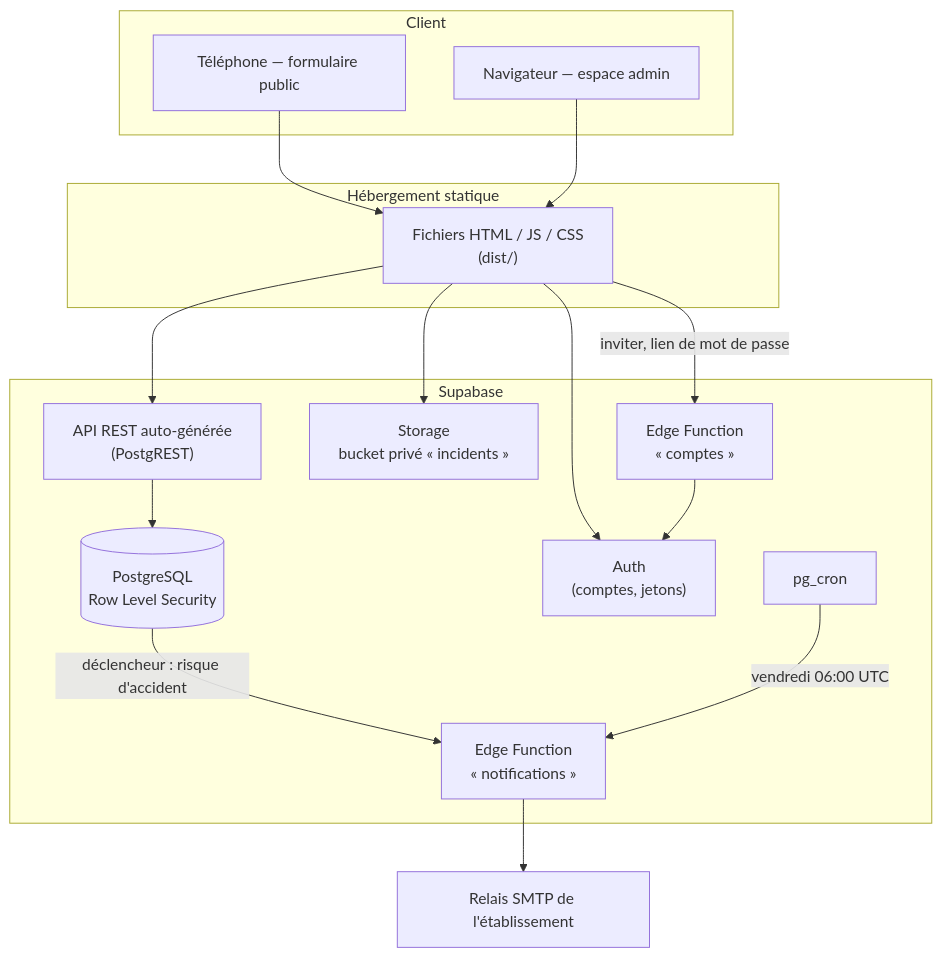
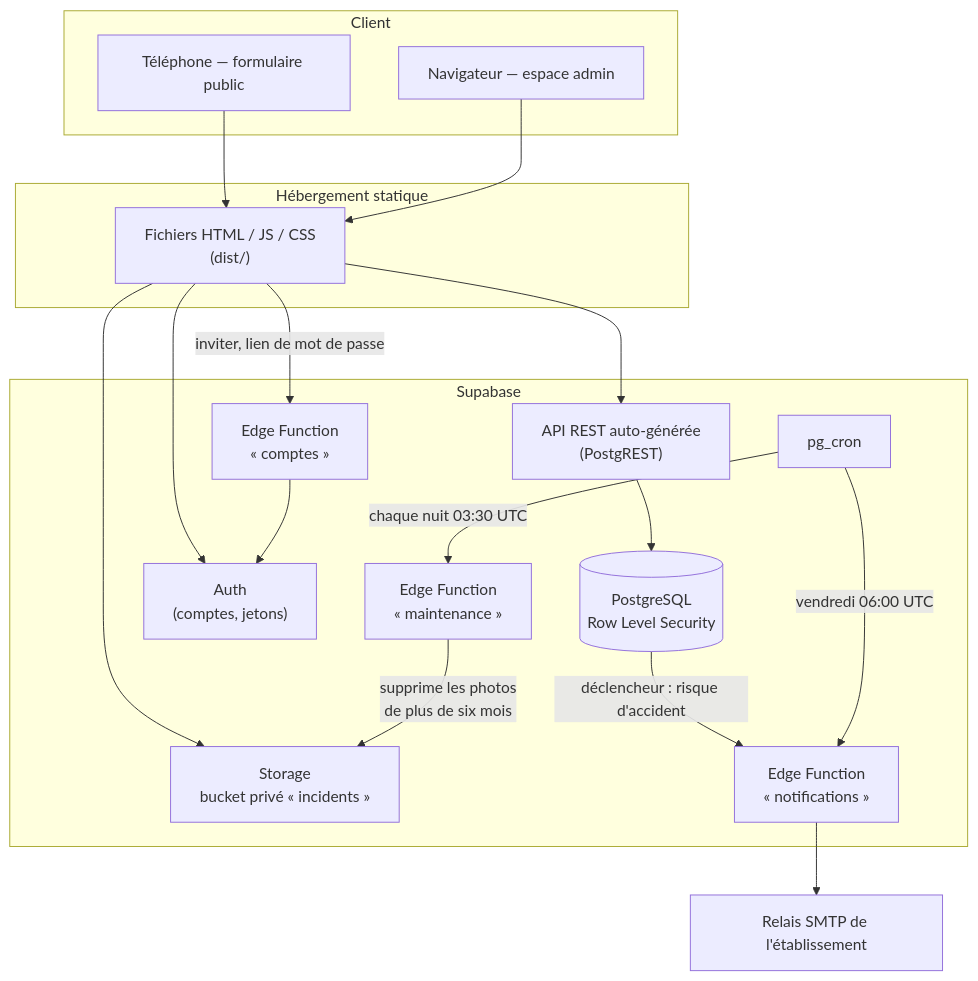
The first of 4 diagrams in docs/02-architecture.md (Orionis312050/cesihelpdesk), drawn with Mermaid before and after one commit. The commit also changed other lines of this file and 25 other files, not shown here.

First line of the commit message:
:sparkles: Supprimer automatiquement les photos six mois après la déclaration

````diff
--- a/docs/02-architecture.md
+++ b/docs/02-architecture.md
@@ -11,30 +11,33 @@
 ```mermaid
 flowchart TB
     subgraph Client
         P["Téléphone — formulaire public"]
         A["Navigateur — espace admin"]
     end
     subgraph Hebergement["Hébergement statique"]
         SPA["Fichiers HTML / JS / CSS<br/>(dist/)"]
     end
     subgraph Supabase
         API["API REST auto-générée<br/>(PostgREST)"]
         DB[("PostgreSQL<br/>Row Level Security")]
         AUTH["Auth<br/>(comptes, jetons)"]
         STO["Storage<br/>bucket privé « incidents »"]
         FN["Edge Function<br/>« notifications »"]
         FNC["Edge Function<br/>« comptes »"]
+        FNM["Edge Function<br/>« maintenance »"]
         CRON["pg_cron"]
     end
     P --> SPA
     A --> SPA
     SPA --> API
     SPA --> AUTH
     SPA --> STO
     SPA -- "inviter, lien de mot de passe" --> FNC
     FNC --> AUTH
     API --> DB
     DB -- "déclencheur : risque d'accident" --> FN
     CRON -- "vendredi 06:00 UTC" --> FN
+    CRON -- "chaque nuit 03:30 UTC" --> FNM
+    FNM -- "supprime les photos<br/>de plus de six mois" --> STO
     FN --> SMTP["Relais SMTP de l'établissement"]
 ```
````
